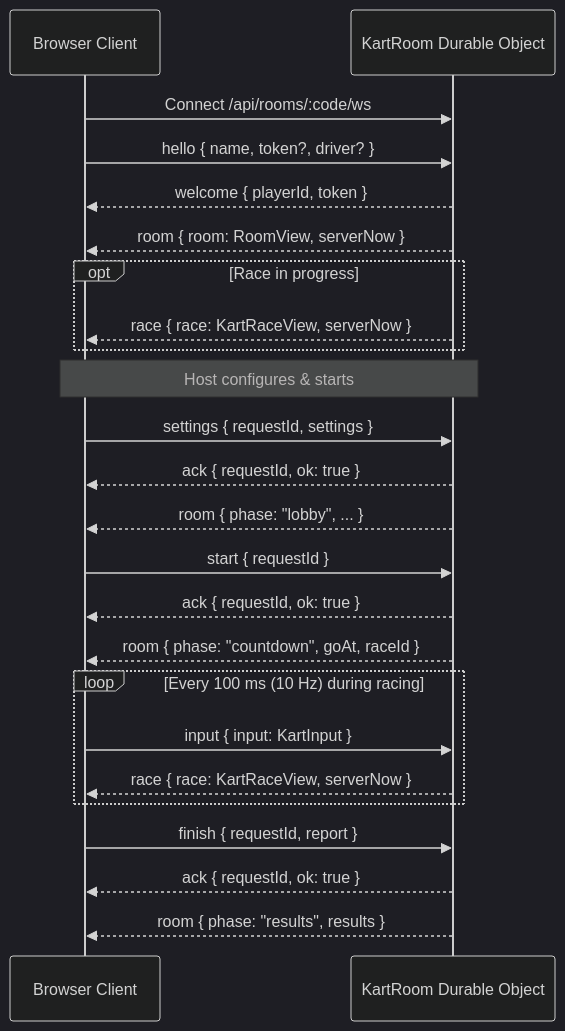
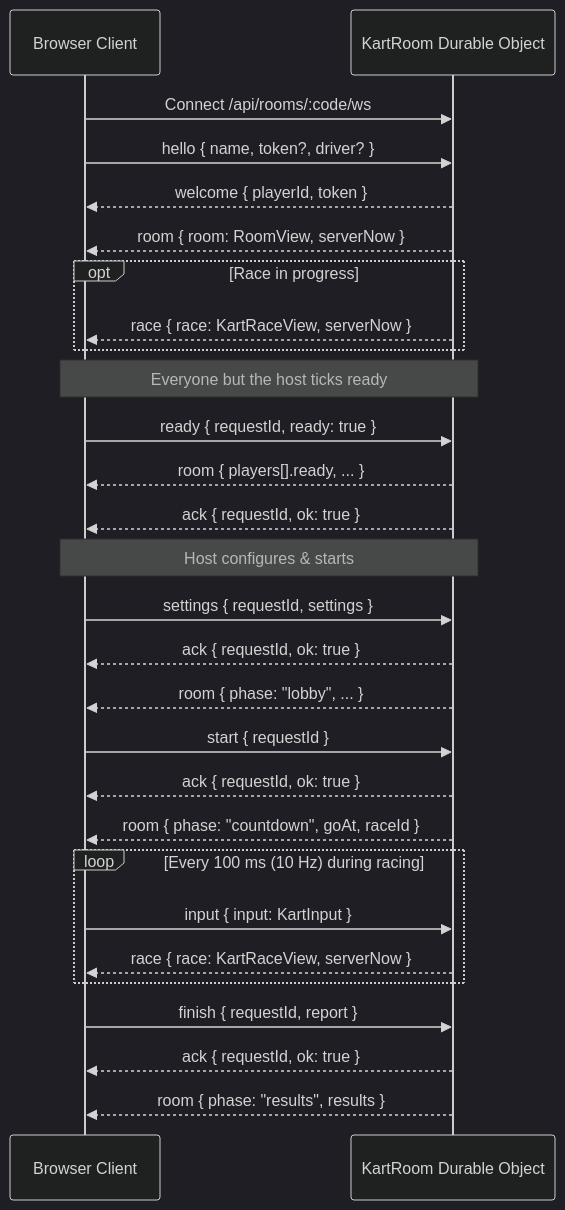
The diagram in docs/protocol.md (Hum2a/kart-party), drawn with Mermaid (dark theme) before and after one commit. The commit also changed other lines of this file and 34 other files, not shown here.

````diff
--- a/docs/protocol.md
+++ b/docs/protocol.md
@@ -31,30 +32,35 @@
 ```mermaid
 sequenceDiagram
     participant C as Browser Client
     participant DO as KartRoom Durable Object
 
     C->>DO: Connect /api/rooms/:code/ws
     C->>DO: hello { name, token?, driver? }
     DO-->>C: welcome { playerId, token }
     DO-->>C: room { room: RoomView, serverNow }
     opt Race in progress
         DO-->>C: race { race: KartRaceView, serverNow }
     end
+
+    Note over C,DO: Everyone but the host ticks ready
+    C->>DO: ready { requestId, ready: true }
+    DO-->>C: room { players[].ready, ... }
+    DO-->>C: ack { requestId, ok: true }
 
     Note over C,DO: Host configures & starts
     C->>DO: settings { requestId, settings }
     DO-->>C: ack { requestId, ok: true }
     DO-->>C: room { phase: "lobby", ... }
     C->>DO: start { requestId }
     DO-->>C: ack { requestId, ok: true }
     DO-->>C: room { phase: "countdown", goAt, raceId }
 
     loop Every 100 ms (10 Hz) during racing
         C->>DO: input { input: KartInput }
         DO-->>C: race { race: KartRaceView, serverNow }
     end
 
     C->>DO: finish { requestId, report }
     DO-->>C: ack { requestId, ok: true }
     DO-->>C: room { phase: "results", results }
 ```
````
